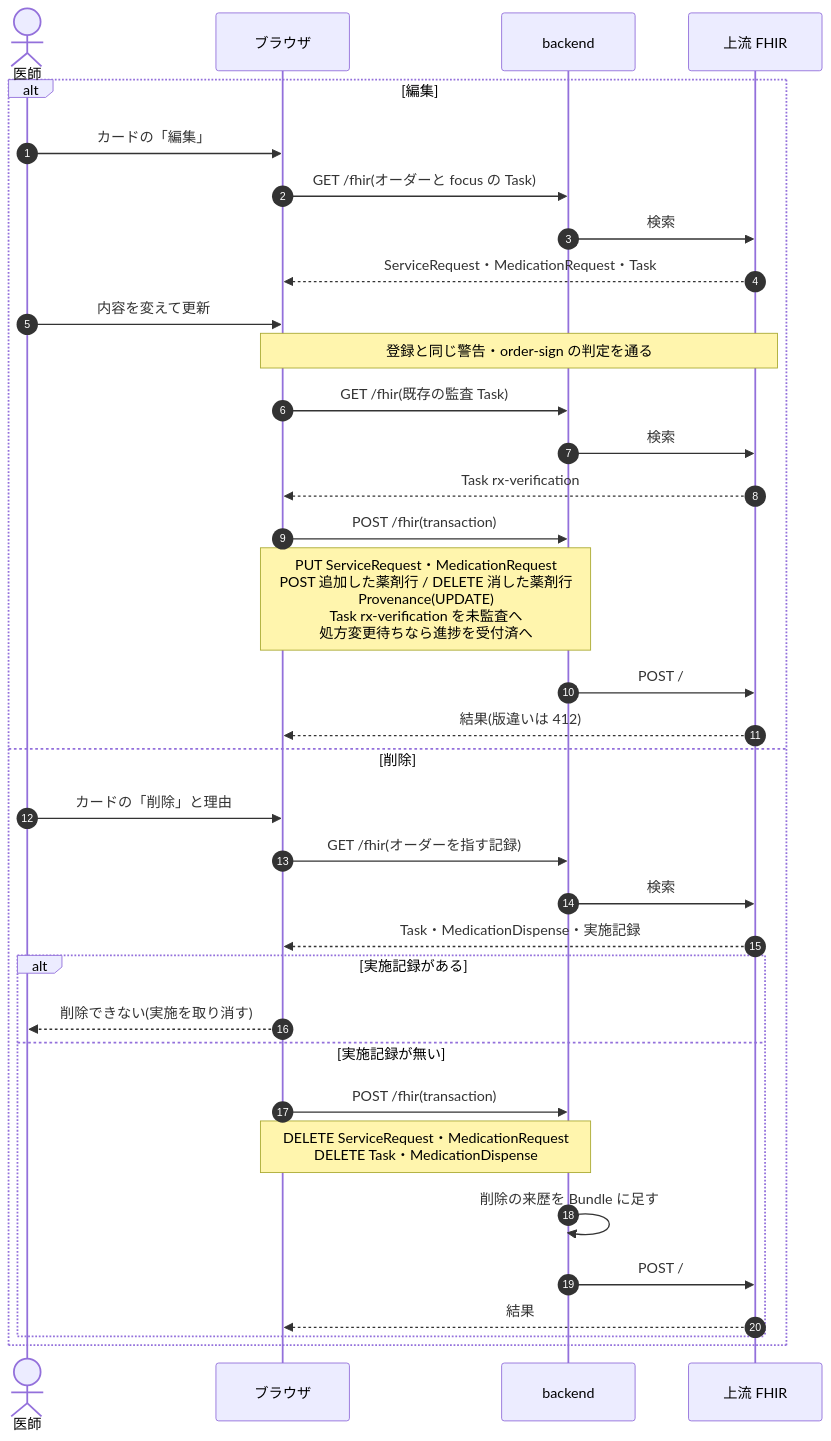
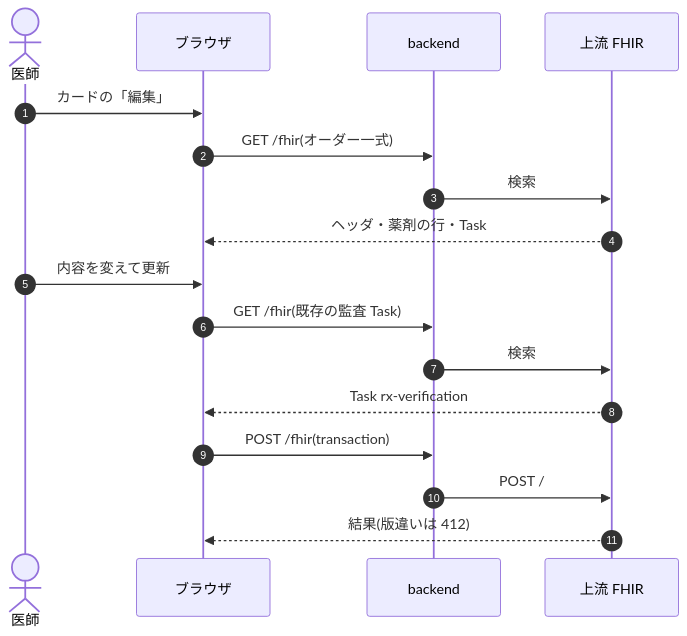
Before and after one commit to ysnr-dev/fhir-client-docs: the second of 12 diagrams in docs/dev/prescription.md, drawn with Mermaid. The commit also changed other lines of this file and 43 other files, not shown here.

Commit message:
docs: 業務フローとシーケンス図を写し直し

````diff
--- a/docs/dev/prescription.md
+++ b/docs/dev/prescription.md
@@ -77,38 +139,20 @@
 ```mermaid
 sequenceDiagram
   autonumber
   actor Dr as 医師
   participant UI as ブラウザ
   participant BE as backend
   participant FHIR as 上流 FHIR
 
-  alt 編集
-    Dr->>UI: カードの「編集」
-    UI->>BE: GET /fhir(オーダーと focus の Task)
-    BE->>FHIR: 検索
-    FHIR-->>UI: ServiceRequest・MedicationRequest・Task
-    Dr->>UI: 内容を変えて更新
-    Note over UI,FHIR: 登録と同じ警告・order-sign の判定を通る
-    UI->>BE: GET /fhir(既存の監査 Task)
-    BE->>FHIR: 検索
-    FHIR-->>UI: Task rx-verification
-    UI->>BE: POST /fhir(transaction)
-    Note over UI,BE: PUT ServiceRequest・MedicationRequest<br/>POST 追加した薬剤行 / DELETE 消した薬剤行<br/>Provenance(UPDATE)<br/>Task rx-verification を未監査へ<br/>処方変更待ちなら進捗を受付済へ
-    BE->>FHIR: POST /
-    FHIR-->>UI: 結果(版違いは 412)
-  else 削除
-    Dr->>UI: カードの「削除」と理由
-    UI->>BE: GET /fhir(オーダーを指す記録)
-    BE->>FHIR: 検索
-    FHIR-->>UI: Task・MedicationDispense・実施記録
-    alt 実施記録がある
-      UI-->>Dr: 削除できない(実施を取り消す)
-    else 実施記録が無い
-      UI->>BE: POST /fhir(transaction)
-      Note over UI,BE: DELETE ServiceRequest・MedicationRequest<br/>DELETE Task・MedicationDispense
-      BE->>BE: 削除の来歴を Bundle に足す
-      BE->>FHIR: POST /
-      FHIR-->>UI: 結果
-    end
-  end
+  Dr->>UI: カードの「編集」
+  UI->>BE: GET /fhir(オーダー一式)
+  BE->>FHIR: 検索
+  FHIR-->>UI: ヘッダ・薬剤の行・Task
+  Dr->>UI: 内容を変えて更新
+  UI->>BE: GET /fhir(既存の監査 Task)
+  BE->>FHIR: 検索
+  FHIR-->>UI: Task rx-verification
+  UI->>BE: POST /fhir(transaction)
+  BE->>FHIR: POST /
+  FHIR-->>UI: 結果(版違いは 412)
 ```
````
